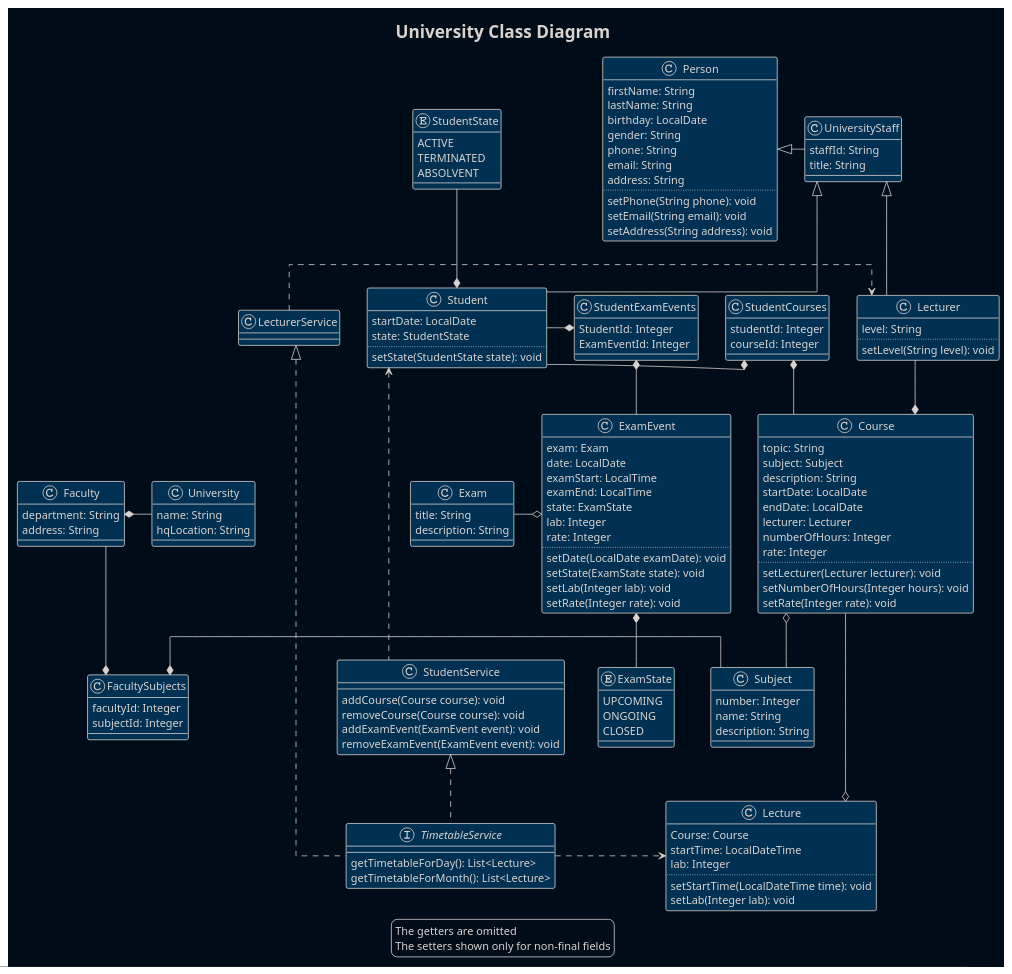
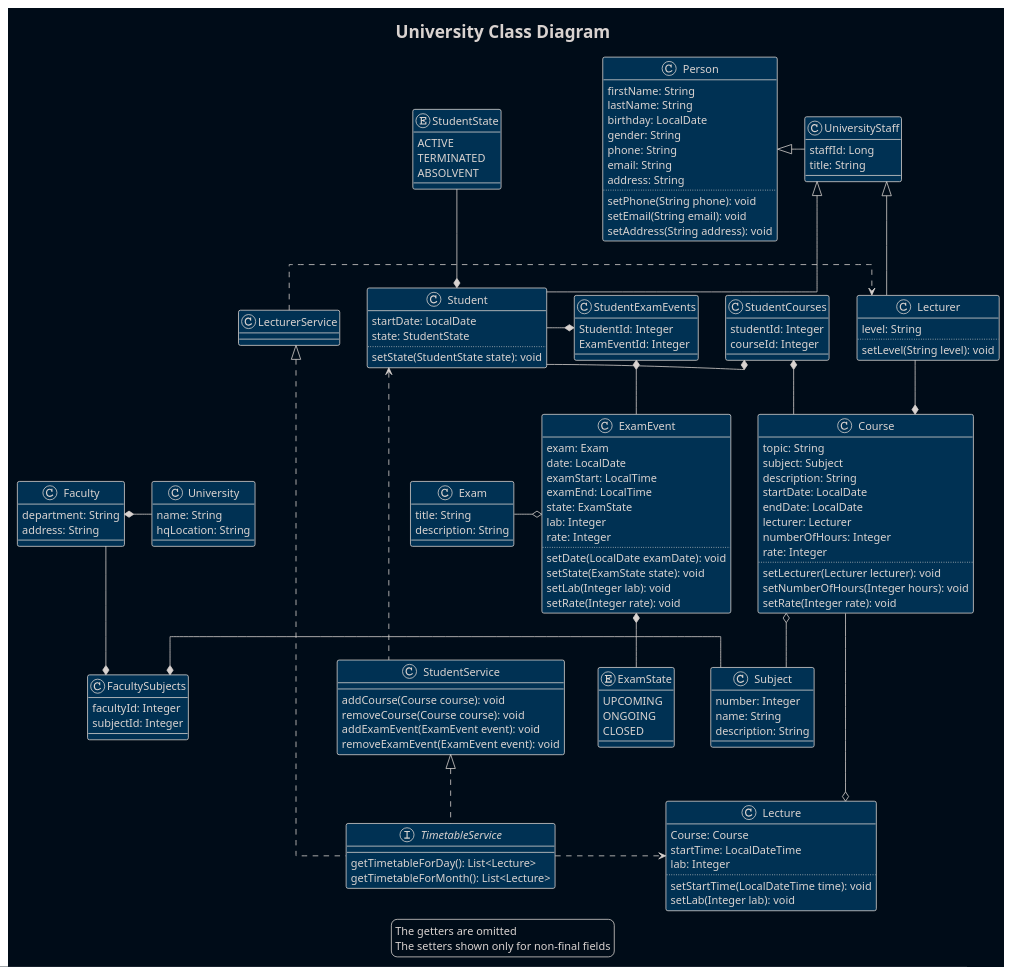
One commit to RomaEcho/University changed the diagram in src/main/resources/diagrams/University.puml. Above: the diagram before and after it, drawn with PlantUML.

Commit message:
UniversityStaff diagram staffId type fix

```diff
--- a/src/main/resources/diagrams/University.puml
+++ b/src/main/resources/diagrams/University.puml
@@ -1,153 +1,153 @@
 @startuml
 '!theme plain
 !theme blueprint
 skinparam BackgroundColor #000c18
 'skinparam ClassBackgroundColor #000c18
 skinparam linetype ortho
 
 title University Class Diagram
 class Person {
     firstName: String
     lastName: String
     birthday: LocalDate
     gender: String
     phone: String
     email: String
     address: String
     ..
     setPhone(String phone): void
     setEmail(String email): void
     setAddress(String address): void
 }
 class Student {
     startDate: LocalDate
     state: StudentState
     ..
     setState(StudentState state): void
 }
 enum StudentState {
     ACTIVE
     TERMINATED
     ABSOLVENT
 }
 class UniversityStaff {
-    staffId: String
+    staffId: Long
     title: String
 }
 class Subject {
     number: Integer
     name: String
     description: String
 }
 
 class Course {
     topic: String
     subject: Subject
     description: String
     startDate: LocalDate
     endDate: LocalDate
     lecturer: Lecturer
     numberOfHours: Integer
     rate: Integer
     ..
     setLecturer(Lecturer lecturer): void
     setNumberOfHours(Integer hours): void
     setRate(Integer rate): void
 }
 class Lecturer {
     level: String
     ..
     setLevel(String level): void
 }
 class Exam {
     title: String
     description: String
 }
 class ExamEvent {
     exam: Exam
     date: LocalDate
     examStart: LocalTime
     examEnd: LocalTime
     state: ExamState
     lab: Integer
     rate: Integer
     ..
     setDate(LocalDate examDate): void
     setState(ExamState state): void
     setLab(Integer lab): void
     setRate(Integer rate): void
 }
 enum ExamState {
     UPCOMING
     ONGOING
     CLOSED
 }
 class Faculty {
     department: String
     address: String
 }
 class University {
     name: String
     hqLocation: String
 }
 class Lecture {
     Course: Course
     startTime: LocalDateTime
     lab: Integer
     ..
     setStartTime(LocalDateTime time): void
     setLab(Integer lab): void
 }
 class StudentCourses {
     studentId: Integer
     courseId: Integer
 }
 class FacultySubjects {
     facultyId: Integer
     subjectId: Integer
 }
 class StudentExamEvents {
     StudentId: Integer    
     ExamEventId: Integer
 }
 interface TimetableService {
     getTimetableForDay(): List<Lecture>
     getTimetableForMonth(): List<Lecture>
 }
 class StudentService {
     addCourse(Course course): void
     removeCourse(Course course): void
     addExamEvent(ExamEvent event): void
     removeExamEvent(ExamEvent event): void
 }
 class LecturerService
 
 Person <|-right- UniversityStaff
 UniversityStaff <|-- Student
 UniversityStaff <|-- Lecturer
 Student *-up- StudentState
 StudentCourses *- Student
 StudentCourses *- Course
 Course *-up- Lecturer
 StudentExamEvents *-- ExamEvent
 StudentExamEvents *- Student
 ExamEvent o-left- Exam
 ExamEvent *-down- ExamState
 Course o-- Subject
 Faculty --* FacultySubjects
 Subject -left-* FacultySubjects
 University -left* Faculty
 Student <... StudentService
 StudentService <|.. TimetableService
 LecturerService <|.. TimetableService
 LecturerService .> Lecturer
 TimetableService .right.> Lecture
 Course --o Lecture
 
 
 legend
     The getters are omitted
     The setters shown only for non-final fields
 endlegend
 
 @enduml
```
